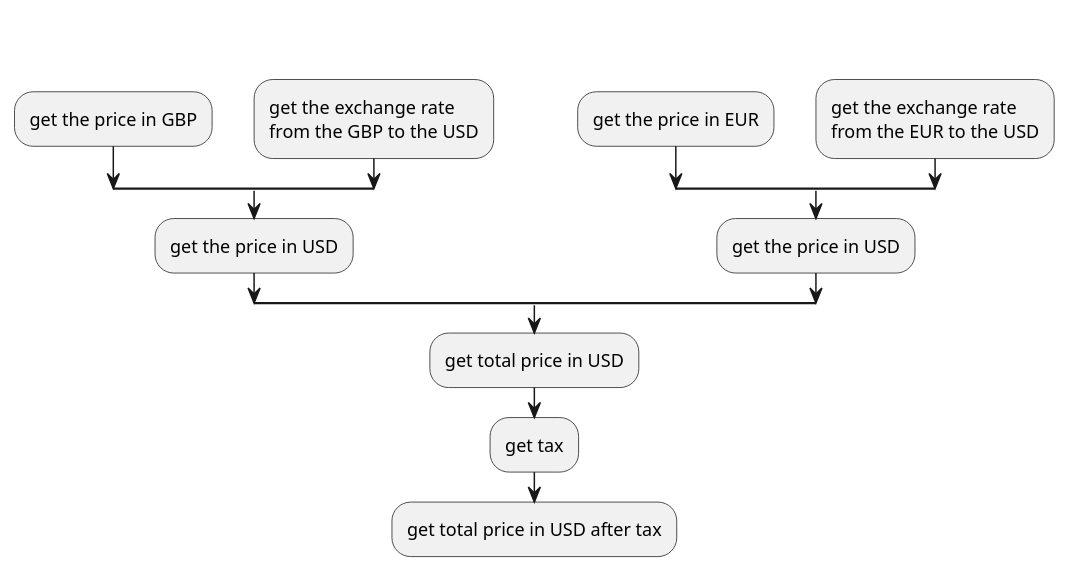
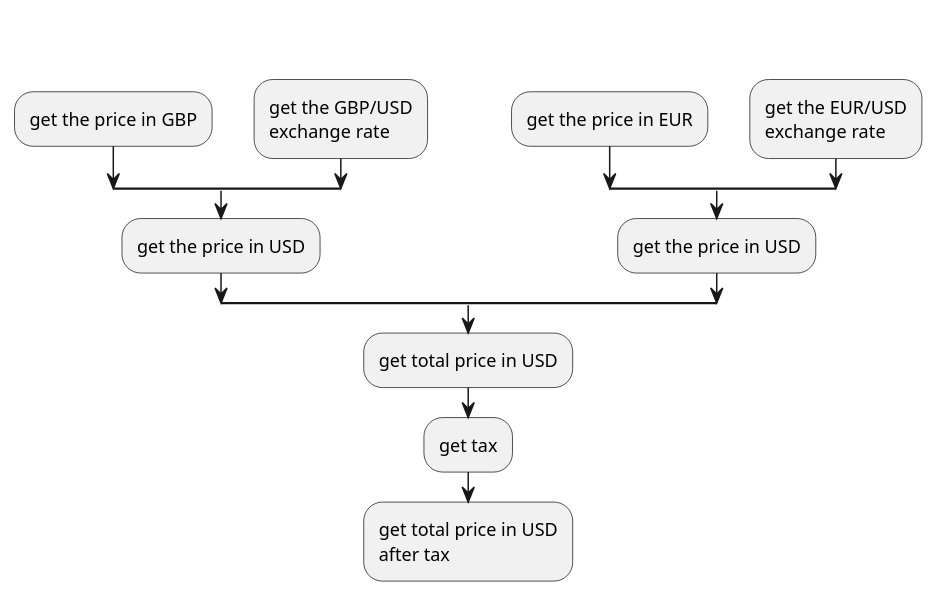
One commit to ti-cortex-m4/demo-java-completablefuture changed the diagram in images/workflow.puml. Above: the diagram before and after it, drawn with PlantUML.

```diff
--- a/images/workflow.puml
+++ b/images/workflow.puml
@@ -1,30 +1,30 @@
 @startuml
 
 split
    -[hidden]->
 split
    -[hidden]->
    :get the price in GBP;
 split again
    -[hidden]->
-   :get the exchange rate\nfrom the GBP to the USD;
+   :get the GBP/USD\nexchange rate;
 end split
 :get the price in USD;
 split again
    -[hidden]->
 split
    -[hidden]->
    :get the price in EUR;
 split again
    -[hidden]->
-   :get the exchange rate\nfrom the EUR to the USD;
+   :get the EUR/USD\nexchange rate;
 end split
 :get the price in USD;
 end split
 :get total price in USD;
 
 :get tax;
 
-:get total price in USD after tax;
+:get total price in USD\nafter tax;
 
 @enduml
```
